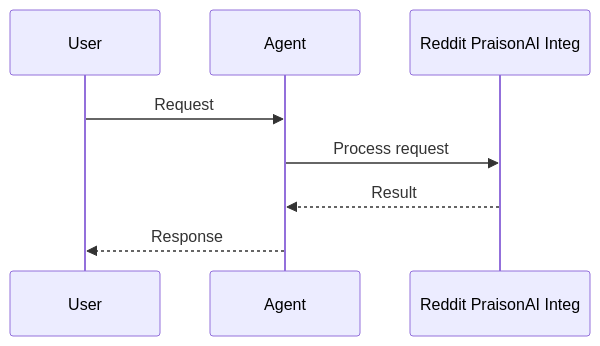
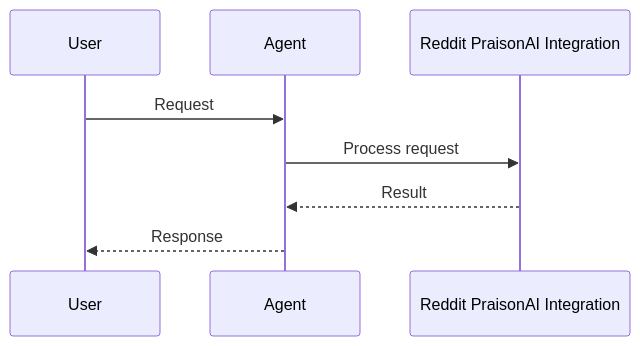
The second of 2 diagrams in docs/tools/reddit.mdx (MervinPraison/PraisonAIDocs), drawn with Mermaid before and after one commit. The commit also changed 45 other files, not shown here.

First line of the commit message:
docs: fix truncated Mermaid diagram feature names (22-char cutoff)

````diff
--- a/docs/tools/reddit.mdx
+++ b/docs/tools/reddit.mdx
@@ -35,11 +35,11 @@
 ```mermaid
 sequenceDiagram
     participant User
     participant Agent
-    participant Feature as Reddit PraisonAI Integ
+    participant Feature as Reddit PraisonAI Integration
 
     User->>Agent: Request
     Agent->>Feature: Process request
     Feature-->>Agent: Result
     Agent-->>User: Response
 ```
````
